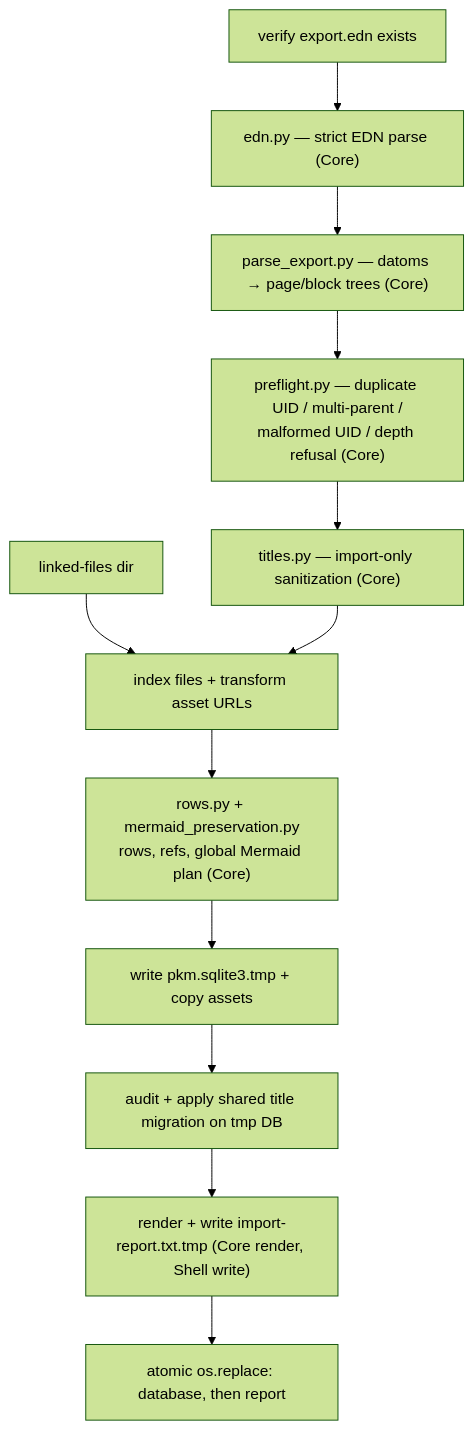
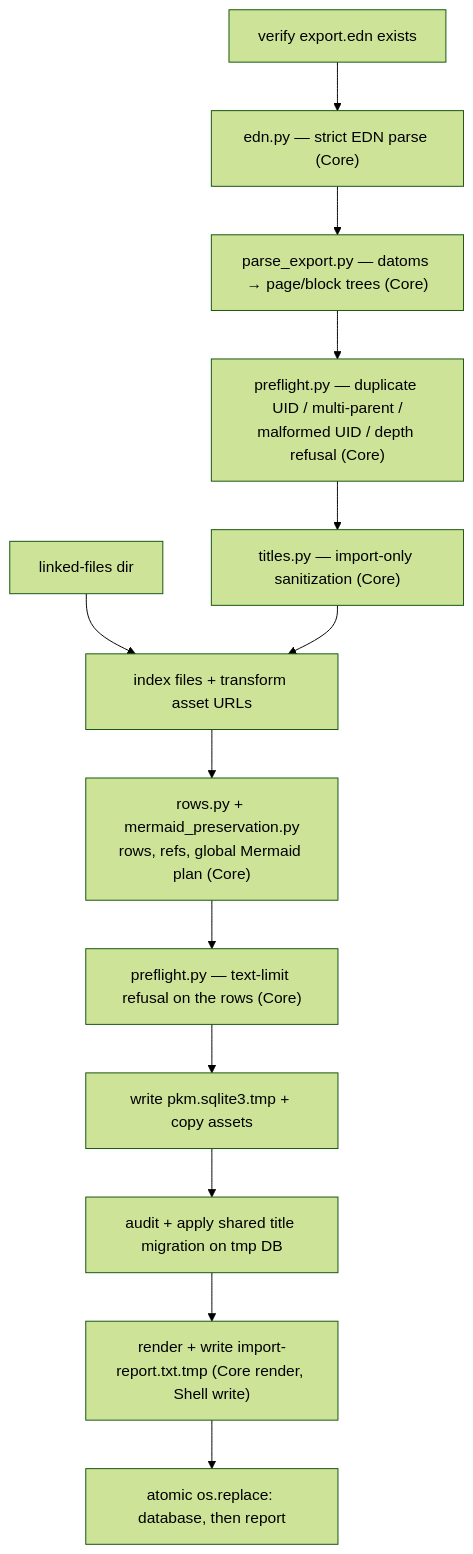
Before and after one commit to ArthurClune/pkm-system: the diagram in docs/architecture/import-export-and-backup.md, drawn with Mermaid (forest theme). The commit also changed other lines of this file and 11 other files, not shown here.

First line of the commit message:
docs: write-time text limits (added); backend ref-grammar nesting claim (corrected)

````diff
--- a/docs/architecture/import-export-and-backup.md
+++ b/docs/architecture/import-export-and-backup.md
@@ -110,14 +110,15 @@
 ```mermaid
 flowchart TD
     A["verify export.edn exists"] --> B["edn.py — strict EDN parse (Core)"]
     B --> C["parse_export.py — datoms → page/block trees (Core)"]
     C --> P["preflight.py — duplicate UID / multi-parent /<br/>malformed UID / depth refusal (Core)"]
     P --> T["titles.py — import-only sanitization (Core)"]
     F["linked-files dir"] --> G["index files + transform asset URLs"]
     T --> G
     G --> D["rows.py + mermaid_preservation.py<br/>rows, refs, global Mermaid plan (Core)"]
-    D --> E["write pkm.sqlite3.tmp + copy assets"]
+    D --> L["preflight.py — text-limit refusal on the rows (Core)"]
+    L --> E["write pkm.sqlite3.tmp + copy assets"]
     E --> M["audit + apply shared title migration on tmp DB"]
     M --> R["render + write import-report.txt.tmp (Core render, Shell write)"]
     R --> H["atomic os.replace: database, then report"]
 ```
````
